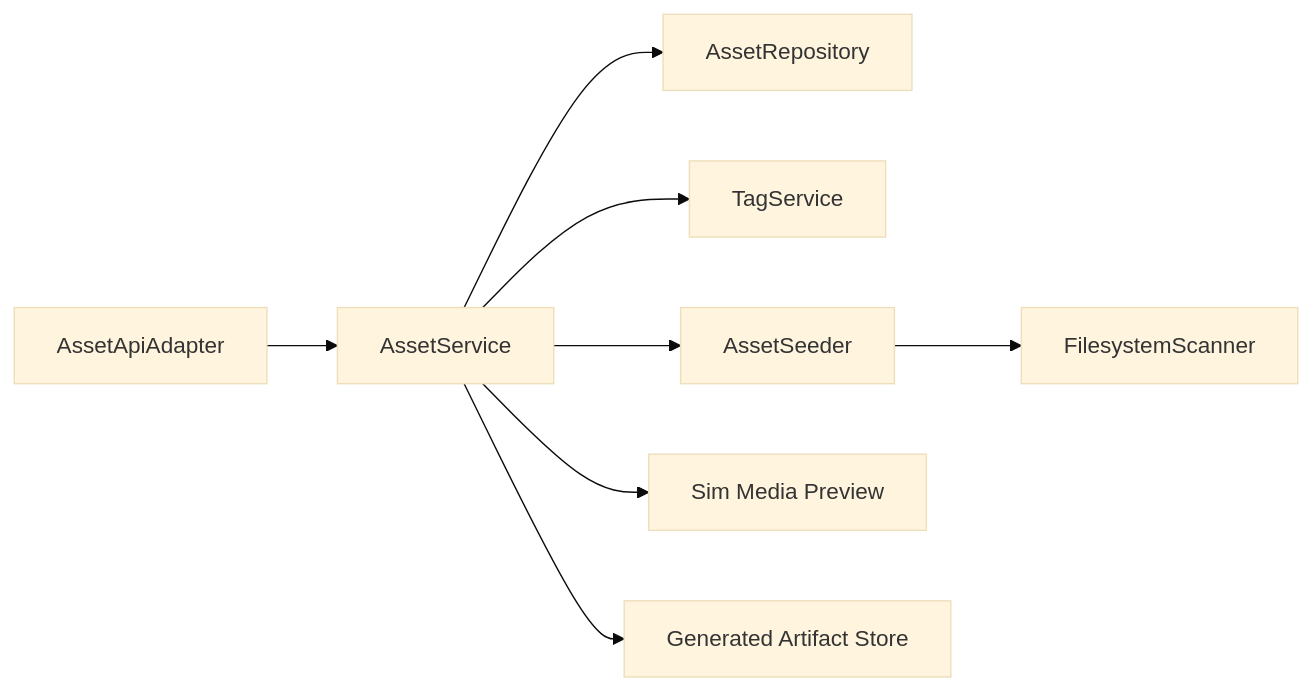
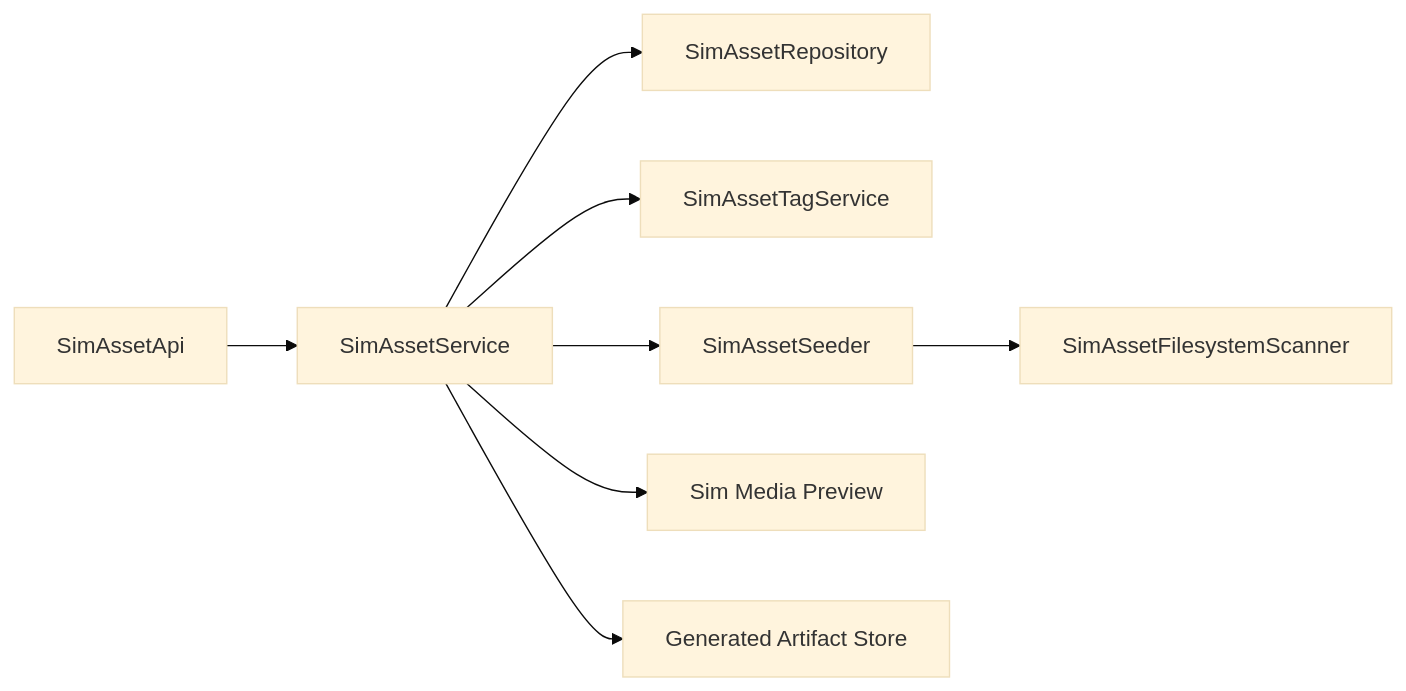
Before and after one commit to imagineerings/xor: the diagram in .agents/specs/godot-migration/comfy-asset-library/design.md, drawn with Mermaid (base theme). The commit also changed other lines of this file and 20 other files, not shown here.

First line of the commit message:
feat(world_model): add native Sim asset enrichment (#173)

````diff
--- a/.agents/specs/godot-migration/comfy-asset-library/design.md
+++ b/.agents/specs/godot-migration/comfy-asset-library/design.md
@@ -9,10 +9,10 @@
 ```mermaid
 flowchart LR
-    Api[AssetApiAdapter] --> Service[AssetService]
-    Service --> Store[AssetRepository]
-    Service --> Tags[TagService]
-    Service --> Seed[AssetSeeder]
-    Seed --> Scanner[FilesystemScanner]
+    Api[SimAssetApi] --> Service[SimAssetService]
+    Service --> Store[SimAssetRepository]
+    Service --> Tags[SimAssetTagService]
+    Service --> Seed[SimAssetSeeder]
+    Seed --> Scanner[SimAssetFilesystemScanner]
     Service --> Media[Sim Media Preview]
     Service --> Provenance[Generated Artifact Store]
 ```
````
